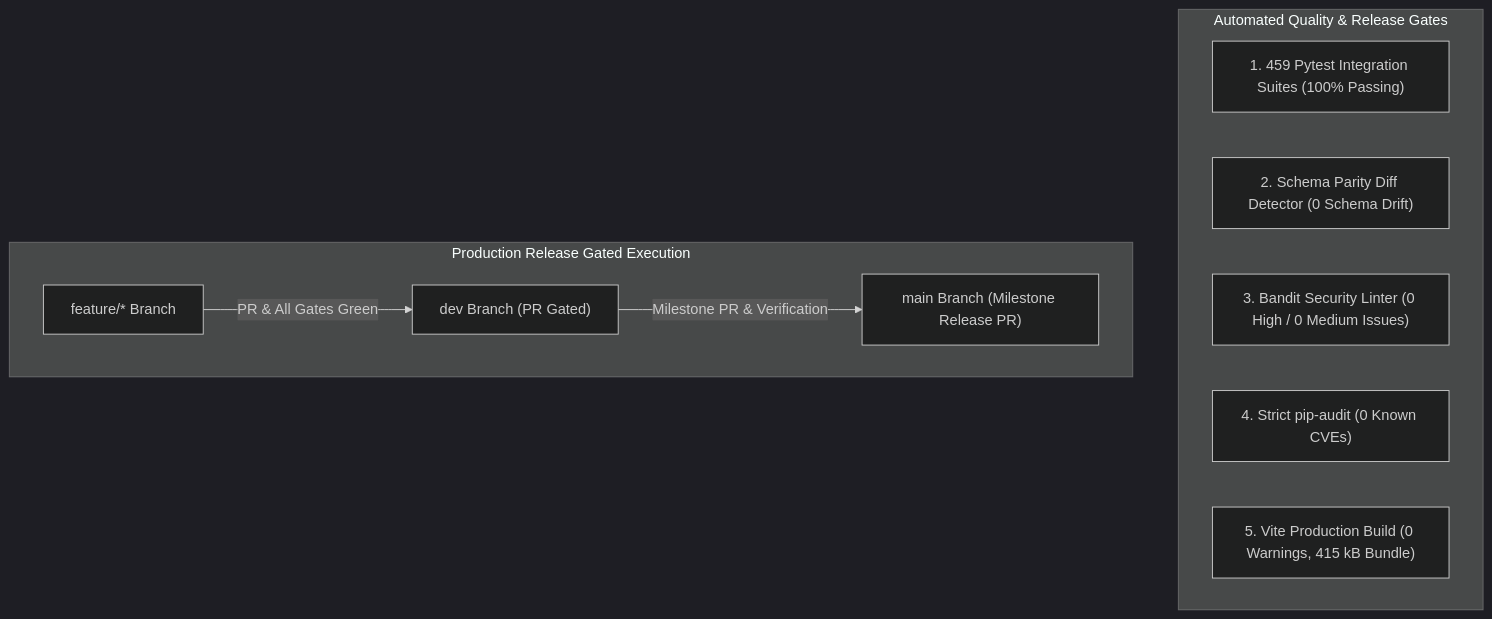
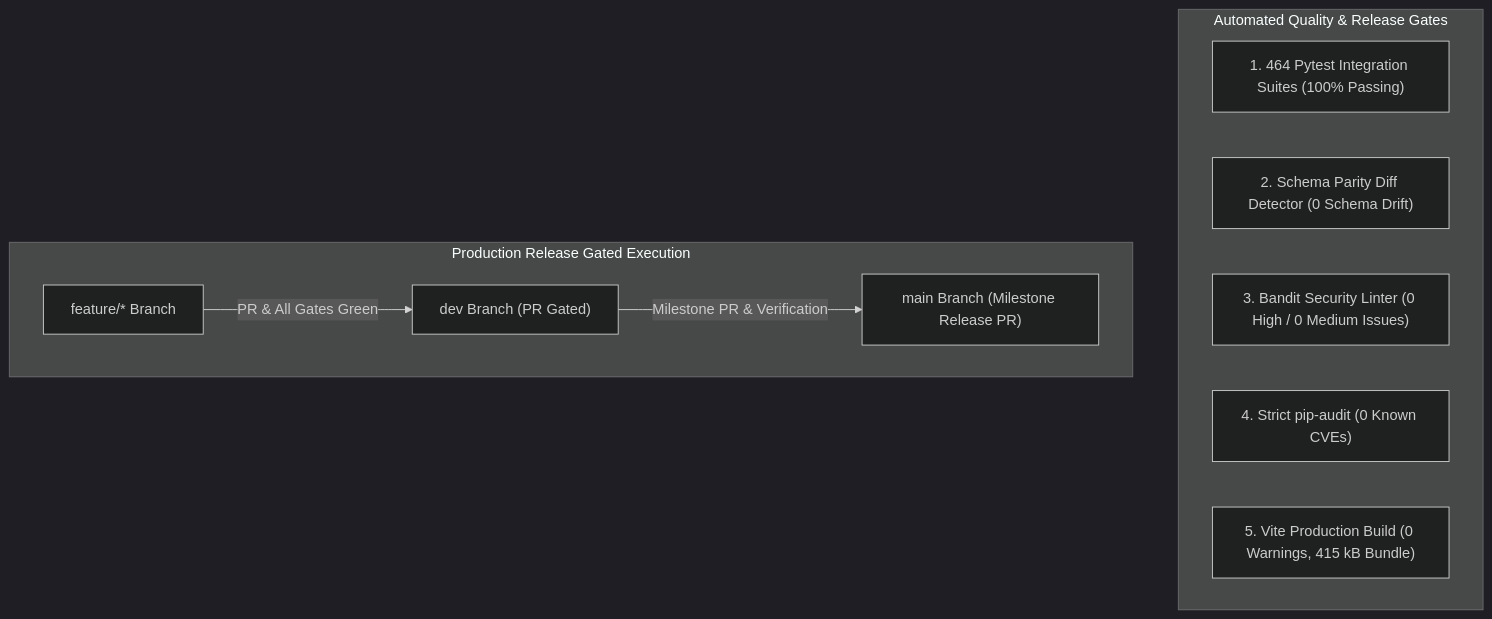
One commit to Perseus37/avinya_hms_v1 changed the diagram in docs/complete_guide/10_TESTING_QA_AND_RELEASE_GOVERNANCE.md. Above: the diagram before and after it, drawn with Mermaid (dark theme). The commit also changed other lines of this file and 13 other files, not shown here.

````diff
--- a/docs/complete_guide/10_TESTING_QA_AND_RELEASE_GOVERNANCE.md
+++ b/docs/complete_guide/10_TESTING_QA_AND_RELEASE_GOVERNANCE.md
@@ -16,18 +16,18 @@
 ```mermaid
 flowchart TD
     subgraph GATES["Automated Quality & Release Gates"]
-        PYTEST["1. 459 Pytest Integration Suites (100% Passing)"]
+        PYTEST["1. 464 Pytest Integration Suites (100% Passing)"]
         DIFF["2. Schema Parity Diff Detector (0 Schema Drift)"]
         BANDIT["3. Bandit Security Linter (0 High / 0 Medium Issues)"]
         AUDIT["4. Strict pip-audit (0 Known CVEs)"]
         BUILD["5. Vite Production Build (0 Warnings, 415 kB Bundle)"]
     end
 
     subgraph RELEASE["Production Release Gated Execution"]
         FEATURE["feature/* Branch"]
         DEV["dev Branch (PR Gated)"]
         MAIN["main Branch (Milestone Release PR)"]
     end
 
     FEATURE -->|PR & All Gates Green| DEV -->|Milestone PR & Verification| MAIN
 ```
````
